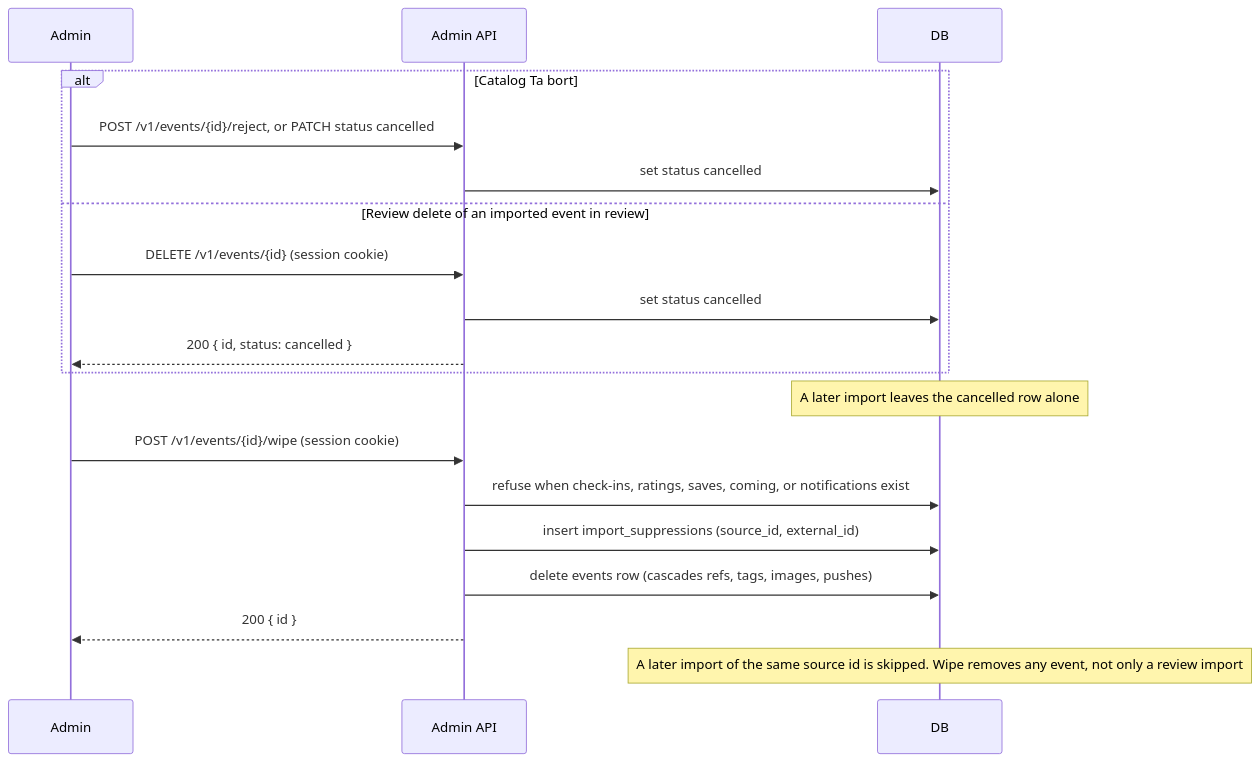
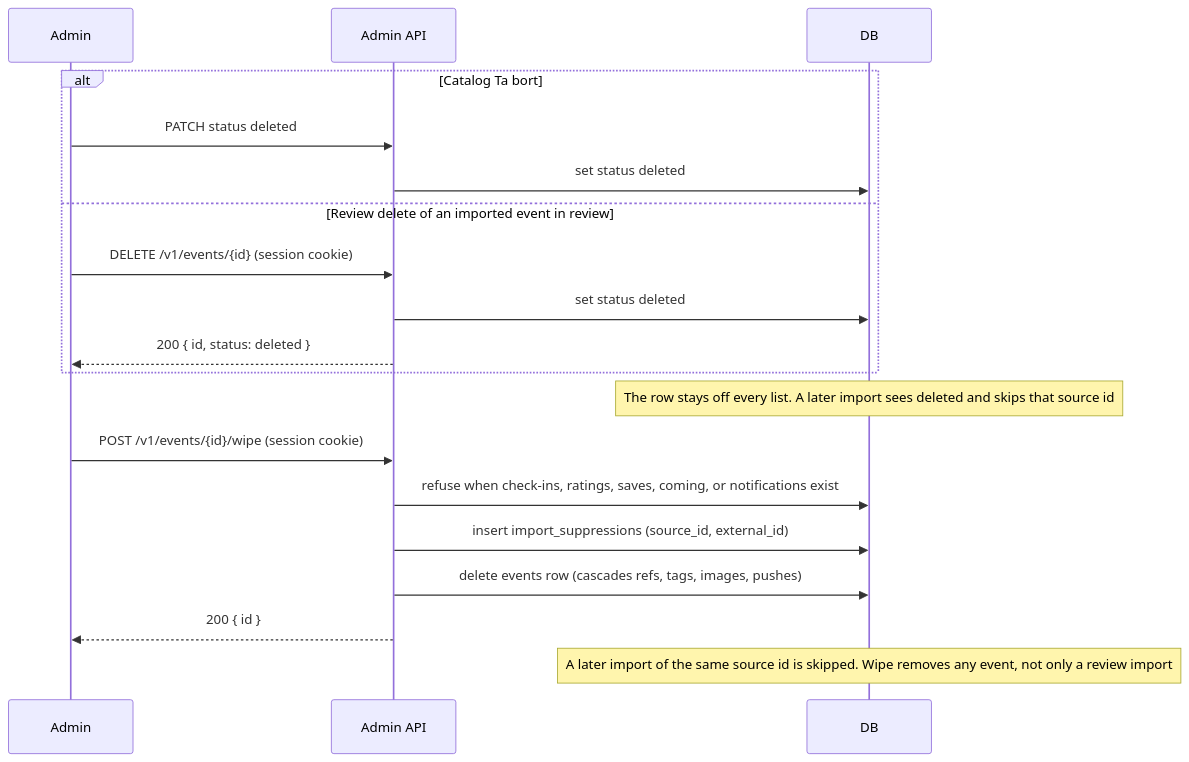
Before and after one commit to BradleySmallbottoms/evently: the diagram in docs/flows/import-review-delete.md, drawn with Mermaid. The commit also changed other lines of this file and 47 other files, not shown here.

````diff
--- a/docs/flows/import-review-delete.md
+++ b/docs/flows/import-review-delete.md
@@ -12,25 +12,25 @@
 ```mermaid
 sequenceDiagram
   participant Admin
   participant API as Admin API
   participant DB
 
   alt Catalog Ta bort
-    Admin->>API: POST /v1/events/{id}/reject, or PATCH status cancelled
-    API->>DB: set status cancelled
+    Admin->>API: PATCH status deleted
+    API->>DB: set status deleted
   else Review delete of an imported event in review
     Admin->>API: DELETE /v1/events/{id} (session cookie)
-    API->>DB: set status cancelled
-    API-->>Admin: 200 { id, status: cancelled }
+    API->>DB: set status deleted
+    API-->>Admin: 200 { id, status: deleted }
   end
 
-  Note over DB: A later import leaves the cancelled row alone
+  Note over DB: The row stays off every list. A later import sees deleted and skips that source id
 
   Admin->>API: POST /v1/events/{id}/wipe (session cookie)
   API->>DB: refuse when check-ins, ratings, saves, coming, or notifications exist
   API->>DB: insert import_suppressions (source_id, external_id)
   API->>DB: delete events row (cascades refs, tags, images, pushes)
   API-->>Admin: 200 { id }
 
   Note over DB: A later import of the same source id is skipped. Wipe removes any event, not only a review import
 ```
````
